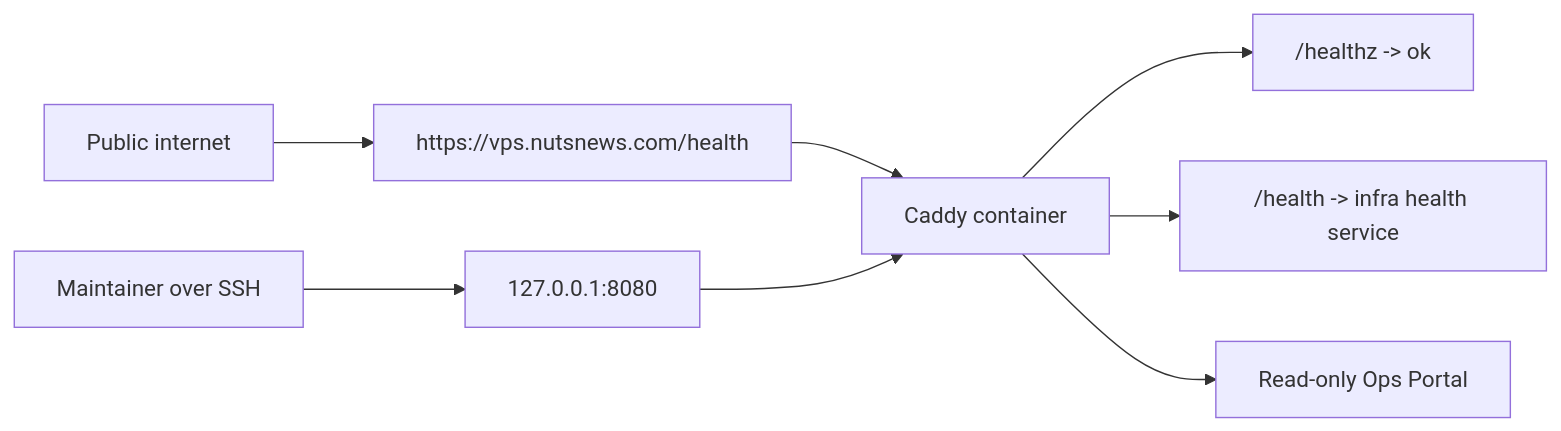
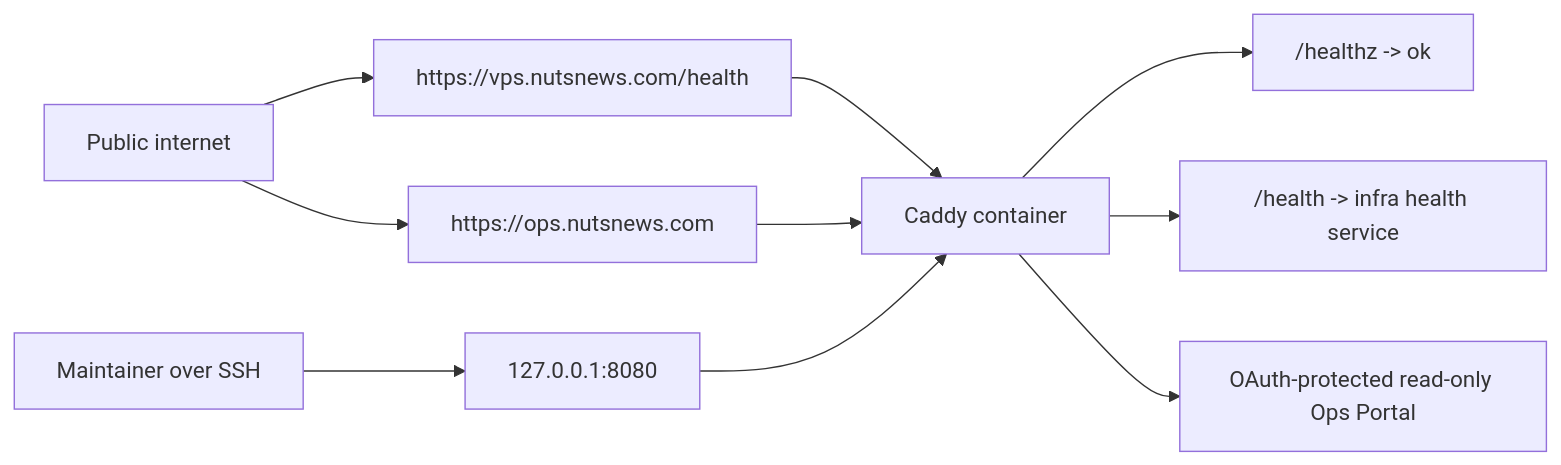
The third of 3 diagrams in NUTSNEWS_VPS_SERVICE_FOUNDATION.md (ramideltoro/nutsnews-docs), drawn with Mermaid before and after one commit. The commit also changed other lines of this file, not shown here.

Commit message:
Document VPS Caddy rate limiting

````diff
--- a/NUTSNEWS_VPS_SERVICE_FOUNDATION.md
+++ b/NUTSNEWS_VPS_SERVICE_FOUNDATION.md
@@ -101,10 +105,12 @@
 ```mermaid
 flowchart LR
   public["Public internet"] --> publicHealth["https://vps.nutsnews.com/health"]
+  public --> publicOps["https://ops.nutsnews.com"]
   publicHealth --> caddy["Caddy container"]
+  publicOps --> caddy
   maintainer["Maintainer over SSH"] --> loopback["127.0.0.1:8080"]
   loopback --> caddy
   caddy --> health["/healthz -> ok"]
   caddy --> infraHealth["/health -> infra health service"]
-  caddy --> portal["Read-only Ops Portal"]
+  caddy --> portal["OAuth-protected read-only Ops Portal"]
 ```
````
